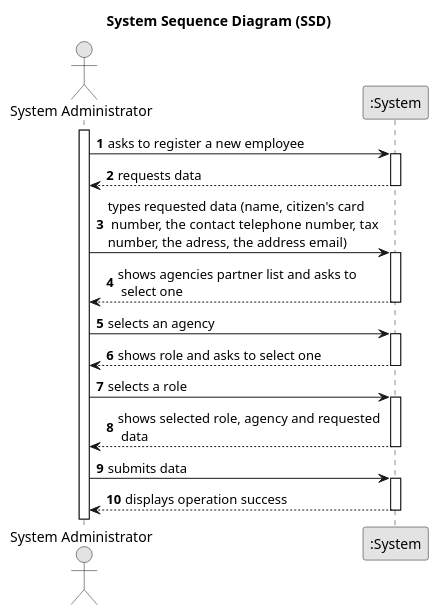
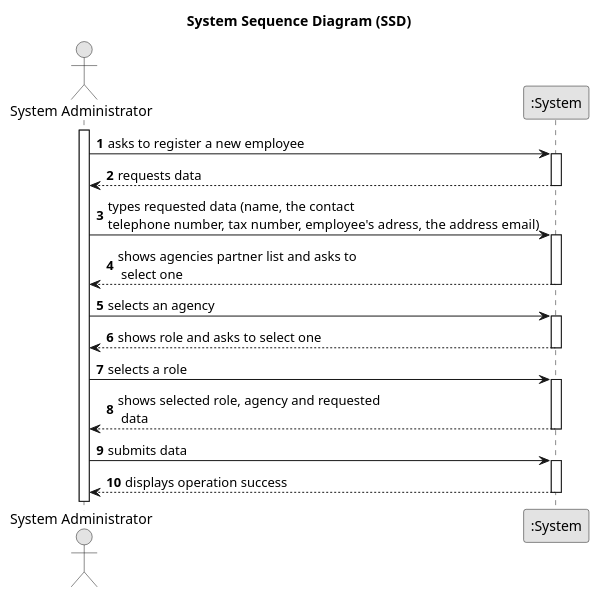
One commit to rita-barbosa/LAPR2-2223 changed the diagram in docs/sprintB/us003/01.requirements-engineering/puml/us003-system-sequence-diagram.puml. Above: the diagram before and after it, drawn with PlantUML.

Commit message:
Update SSD [US03][Requirements Engineering]

```diff
--- a/docs/sprintB/us003/01.requirements-engineering/puml/us003-system-sequence-diagram.puml
+++ b/docs/sprintB/us003/01.requirements-engineering/puml/us003-system-sequence-diagram.puml
@@ -1,47 +1,47 @@
 @startuml
 skinparam monochrome true
 skinparam packageStyle rectangle
 skinparam shadowing false
 
 title System Sequence Diagram (SSD)
 
 autonumber
 
 actor "System Administrator" as Employee
 participant ":System" as System
 
 activate Employee
 
     Employee -> System : asks to register a new employee
     activate System
 
         System --> Employee : requests data
     deactivate System
 
-    Employee -> System : types requested data (name, citizen's card\n number, the contact telephone number, tax\nnumber, the adress, the address email)
+    Employee -> System : types requested data (name, the contact \ntelephone number, tax number, employee's adress, the address email)
     activate System
 
         System --> Employee : shows agencies partner list and asks to \n select one
     deactivate System
 
     Employee -> System : selects an agency
     activate System
 
 
     System --> Employee : shows role and asks to select one
         deactivate System
 
     Employee -> System : selects a role
             activate System
 
 
         System --> Employee : shows selected role, agency and requested \n data
     deactivate System
 
     Employee -> System : submits data
     activate System
 
         System --> Employee : displays operation success
     deactivate System
 
 @enduml
```
